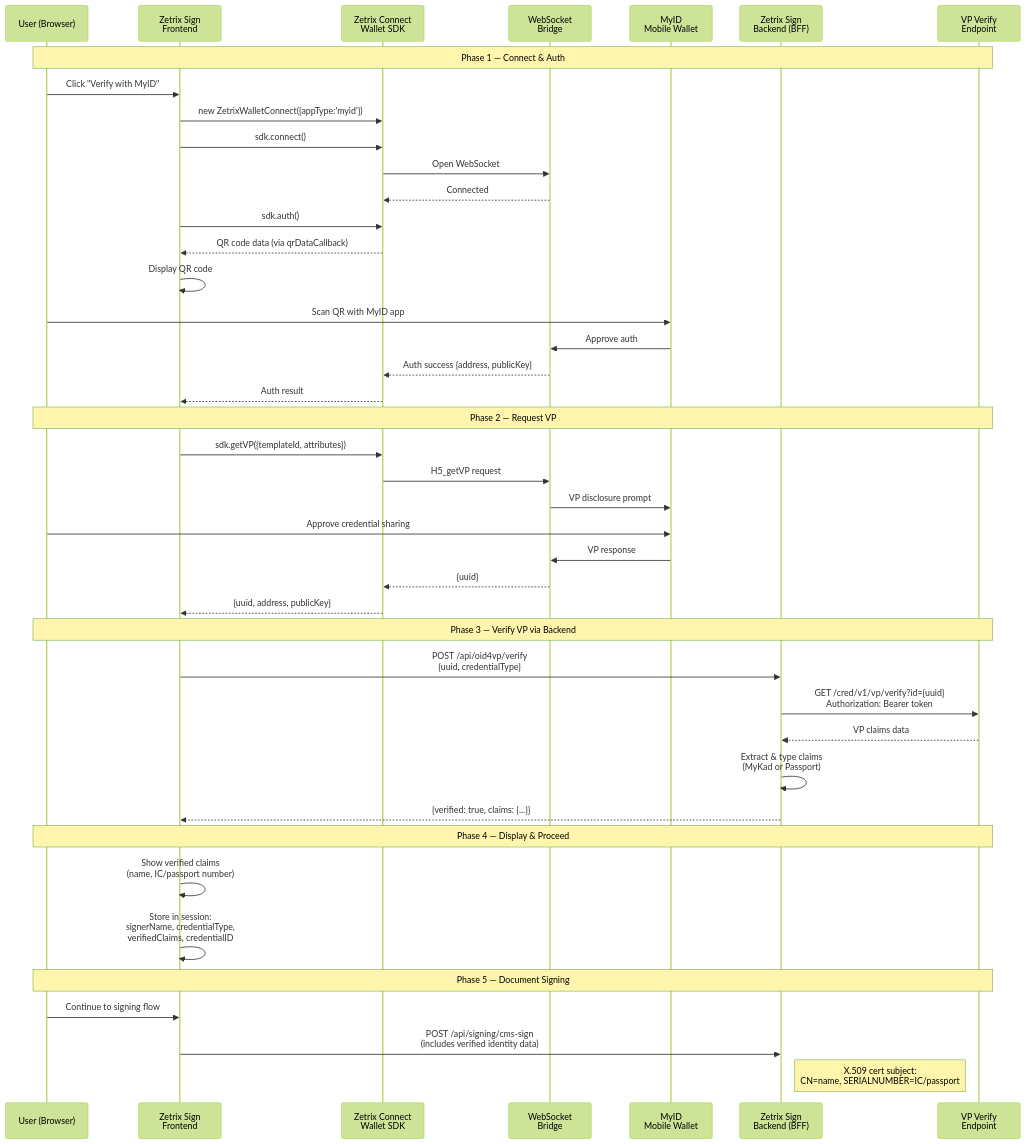
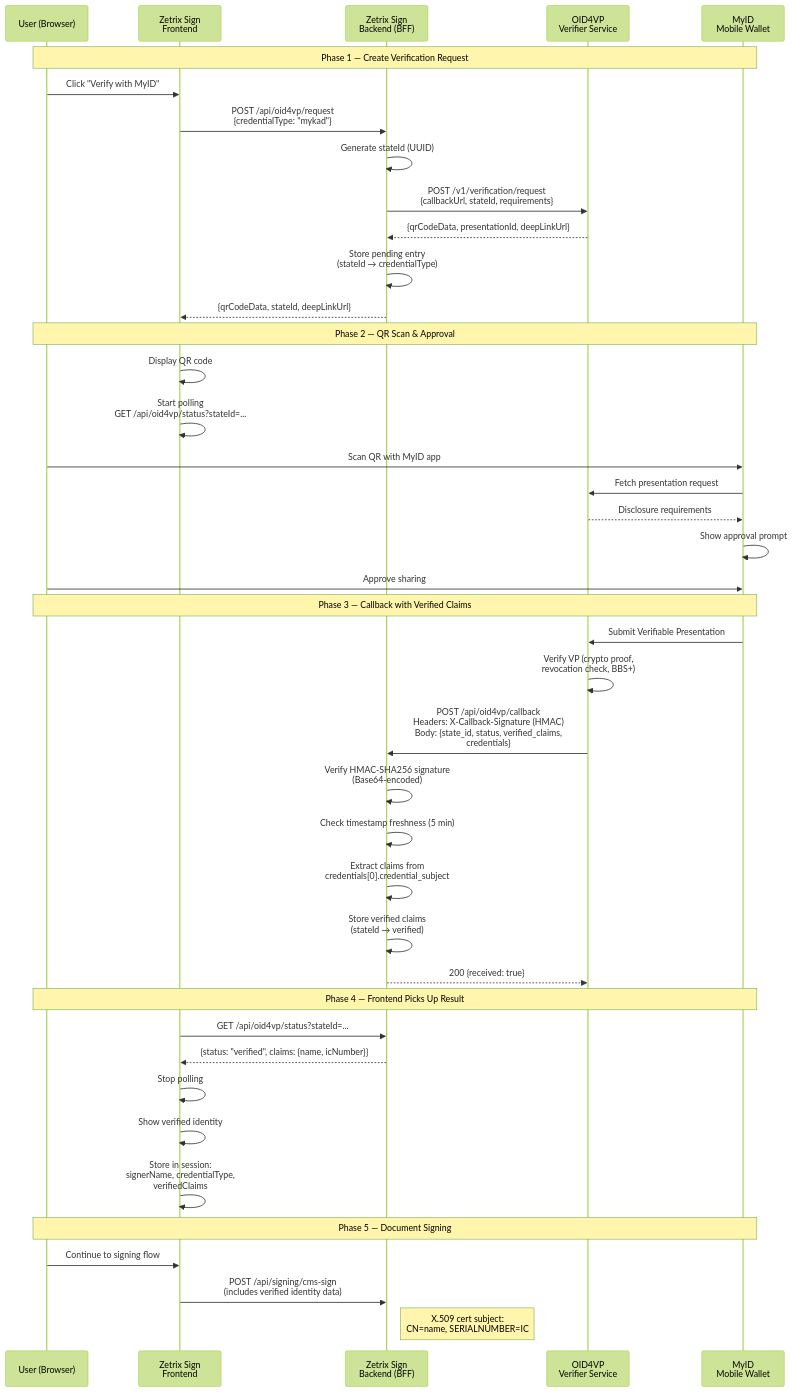
One commit to izadimrantan/zetrix-sign changed the diagram in docs/oid4vp-flow.md. Above: the diagram before and after it, drawn with Mermaid (forest theme). The commit also changed other lines of this file and 16 other files, not shown here.

````diff
--- a/docs/oid4vp-flow.md
+++ b/docs/oid4vp-flow.md
@@ -11,49 +14,48 @@
 ```mermaid
 sequenceDiagram
     participant U as User (Browser)
     participant FE as Zetrix Sign<br/>Frontend
-    participant SDK as Zetrix Connect<br/>Wallet SDK
-    participant WS as WebSocket<br/>Bridge
+    participant BE as Zetrix Sign<br/>Backend (BFF)
+    participant OV as OID4VP<br/>Verifier Service
     participant W as MyID<br/>Mobile Wallet
-    participant BE as Zetrix Sign<br/>Backend (BFF)
-    participant V as VP Verify<br/>Endpoint
 
-    Note over U,V: Phase 1 — Connect & Auth
+    Note over U,W: Phase 1 — Create Verification Request
     U->>FE: Click "Verify with MyID"
-    FE->>SDK: new ZetrixWalletConnect({appType:'myid'})
-    FE->>SDK: sdk.connect()
-    SDK->>WS: Open WebSocket
-    WS-->>SDK: Connected
-    FE->>SDK: sdk.auth()
-    SDK-->>FE: QR code data (via qrDataCallback)
+    FE->>BE: POST /api/oid4vp/request<br/>{credentialType: "mykad"}
+    BE->>BE: Generate stateId (UUID)
+    BE->>OV: POST /v1/verification/request<br/>{callbackUrl, stateId, requirements}
+    OV-->>BE: {qrCodeData, presentationId, deepLinkUrl}
+    BE->>BE: Store pending entry<br/>(stateId → credentialType)
+    BE-->>FE: {qrCodeData, stateId, deepLinkUrl}
+
+    Note over U,W: Phase 2 — QR Scan & Approval
     FE->>FE: Display QR code
+    FE->>FE: Start polling<br/>GET /api/oid4vp/status?stateId=...
     U->>W: Scan QR with MyID app
-    W->>WS: Approve auth
-    WS-->>SDK: Auth success {address, publicKey}
-    SDK-->>FE: Auth result
+    W->>OV: Fetch presentation request
+    OV-->>W: Disclosure requirements
+    W->>W: Show approval prompt
+    U->>W: Approve sharing
 
-    Note over U,V: Phase 2 — Request VP
-    FE->>SDK: sdk.getVP({templateId, attributes})
-    SDK->>WS: H5_getVP request
-    WS->>W: VP disclosure prompt
-    U->>W: Approve credential sharing
-    W->>WS: VP response
-    WS-->>SDK: {uuid}
-    SDK-->>FE: {uuid, address, publicKey}
+    Note over U,W: Phase 3 — Callback with Verified Claims
+    W->>OV: Submit Verifiable Presentation
+    OV->>OV: Verify VP (crypto proof,<br/>revocation check, BBS+)
+    OV->>BE: POST /api/oid4vp/callback<br/>Headers: X-Callback-Signature (HMAC)<br/>Body: {state_id, status, verified_claims,<br/>credentials}
+    BE->>BE: Verify HMAC-SHA256 signature<br/>(Base64-encoded)
+    BE->>BE: Check timestamp freshness (5 min)
+    BE->>BE: Extract claims from<br/>credentials[0].credential_subject
+    BE->>BE: Store verified claims<br/>(stateId → verified)
+    BE-->>OV: 200 {received: true}
 
-    Note over U,V: Phase 3 — Verify VP via Backend
-    FE->>BE: POST /api/oid4vp/verify<br/>{uuid, credentialType}
-    BE->>V: GET /cred/v1/vp/verify?id={uuid}<br/>Authorization: Bearer token
-    V-->>BE: VP claims data
-    BE->>BE: Extract & type claims<br/>(MyKad or Passport)
-    BE-->>FE: {verified: true, claims: {...}}
+    Note over U,W: Phase 4 — Frontend Picks Up Result
+    FE->>BE: GET /api/oid4vp/status?stateId=...
+    BE-->>FE: {status: "verified", claims: {name, icNumber}}
+    FE->>FE: Stop polling
+    FE->>FE: Show verified identity
+    FE->>FE: Store in session:<br/>signerName, credentialType,<br/>verifiedClaims
 
-    Note over U,V: Phase 4 — Display & Proceed
-    FE->>FE: Show verified claims<br/>(name, IC/passport number)
-    FE->>FE: Store in session:<br/>signerName, credentialType,<br/>verifiedClaims, credentialID
-
-    Note over U,V: Phase 5 — Document Signing
+    Note over U,W: Phase 5 — Document Signing
     U->>FE: Continue to signing flow
     FE->>BE: POST /api/signing/cms-sign<br/>(includes verified identity data)
-    Note right of BE: X.509 cert subject:<br/>CN=name, SERIALNUMBER=IC/passport
+    Note right of BE: X.509 cert subject:<br/>CN=name, SERIALNUMBER=IC
 ```
````
